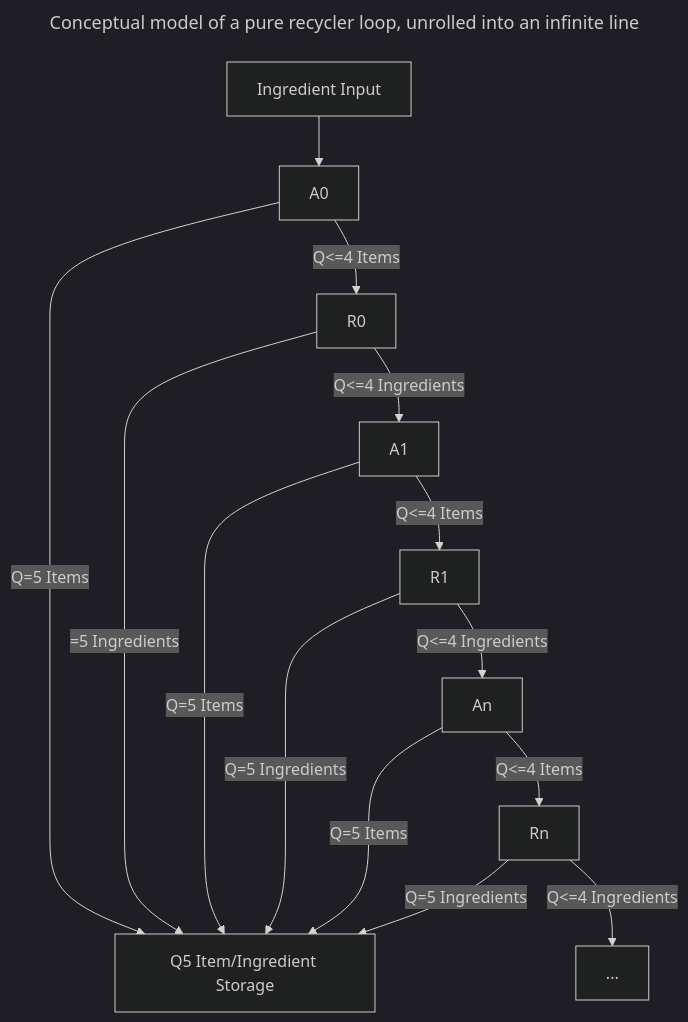
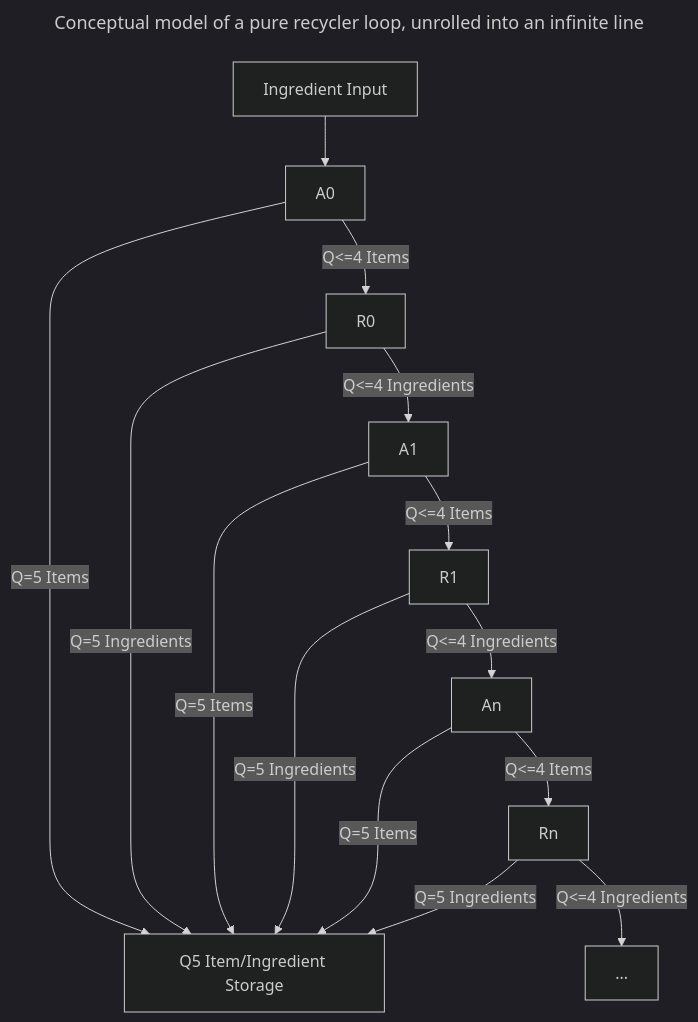
The second of 2 diagrams in blog/content/posts/factorio-recycler-assembler-loop.md (dfamonteiro/blog), drawn with Mermaid before and after one commit. The commit also changed other lines of this file, not shown here.

```diff
--- a/blog/content/posts/factorio-recycler-assembler-loop.md
+++ b/blog/content/posts/factorio-recycler-assembler-loop.md
@@ -51,26 +51,26 @@
 <pre style="text-align:center" class="mermaid">
 ---
 title: Conceptual model of a pure recycler loop, unrolled into an infinite line
 config:
   theme: dark
 ---
 flowchart TD
     A[Ingredient Input] --> A0
     A0 -->|Q<=4 Items| R0
     A0 -->|Q=5 Items| END[Q5 Item/Ingredient Storage]
 
-    R0 -->|=5 Ingredients| END
+    R0 -->|Q=5 Ingredients| END
     R0 -->|Q<=4 Ingredients| A1
 
     A1 -->|Q=5 Items| END
     A1 -->|Q<=4 Items| R1
 
     R1 -->|Q=5 Ingredients| END
     R1 -->|Q<=4 Ingredients|An[An]
 
     An -->|Q=5 Items| END
     An -->|Q<=4 Items|Rn1[Rn]
 
     Rn1 -->|Q=5 Ingredients| END
     Rn1 -->|Q<=4 Ingredients|Rn2[...]
 </pre>
```
